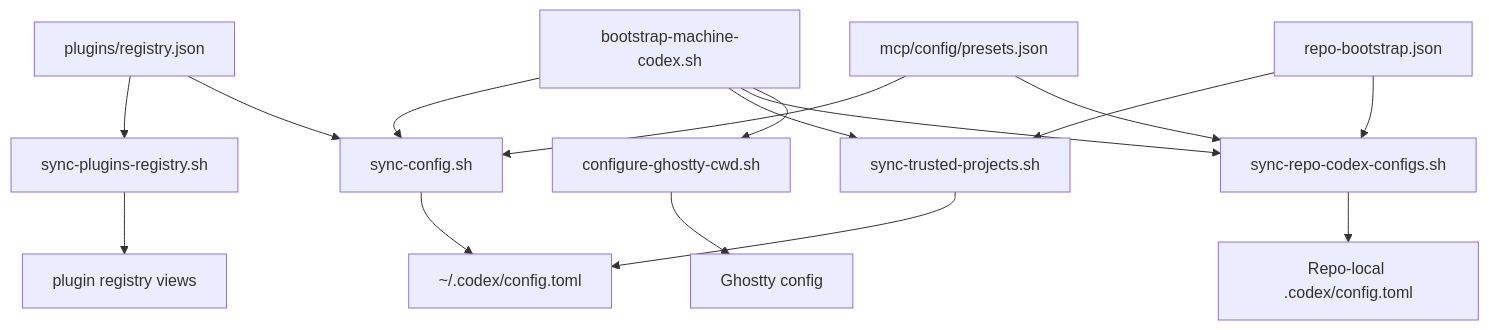
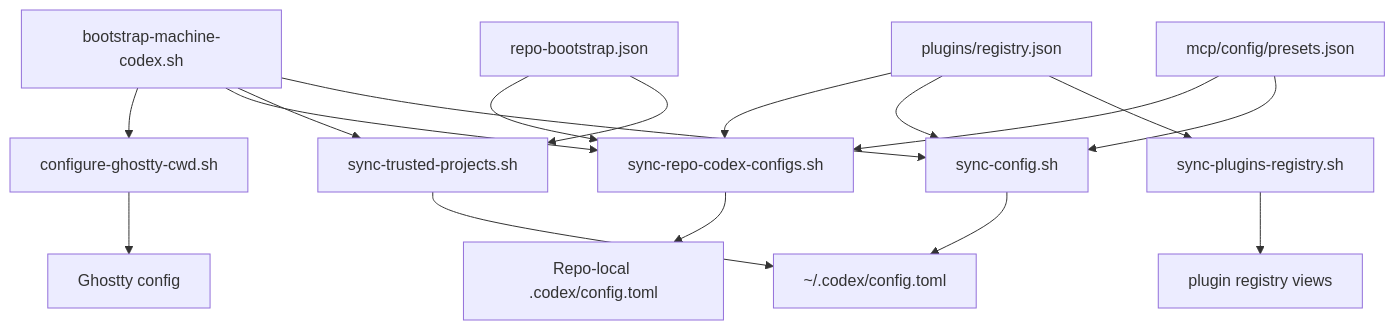
One commit to wisdom-in-a-nutshell/.agents changed the first of 6 diagrams in docs/architecture/codex-control-plane-script-flows.md. Above: the diagram before and after it, drawn with Mermaid. The commit also changed other lines of this file and 4 other files, not shown here.

````diff
--- a/docs/architecture/codex-control-plane-script-flows.md
+++ b/docs/architecture/codex-control-plane-script-flows.md
@@ -20,18 +20,19 @@
 ```mermaid
 flowchart TD
     P[plugins/registry.json] --> Q[sync-plugins-registry.sh]
     P --> B[sync-config.sh]
+    P --> D
     Q --> V[plugin registry views]
     A[bootstrap-machine-codex.sh] --> B[sync-config.sh]
     A --> C[sync-trusted-projects.sh]
     A --> D[sync-repo-codex-configs.sh]
     A --> E[configure-ghostty-cwd.sh]
     R[repo-bootstrap.json] --> C
     R --> D
     M[mcp/config/presets.json] --> B
     M --> D
     B --> F[~/.codex/config.toml]
     C --> F
     D --> H[Repo-local .codex/config.toml]
     E --> I[Ghostty config]
 ```
````
